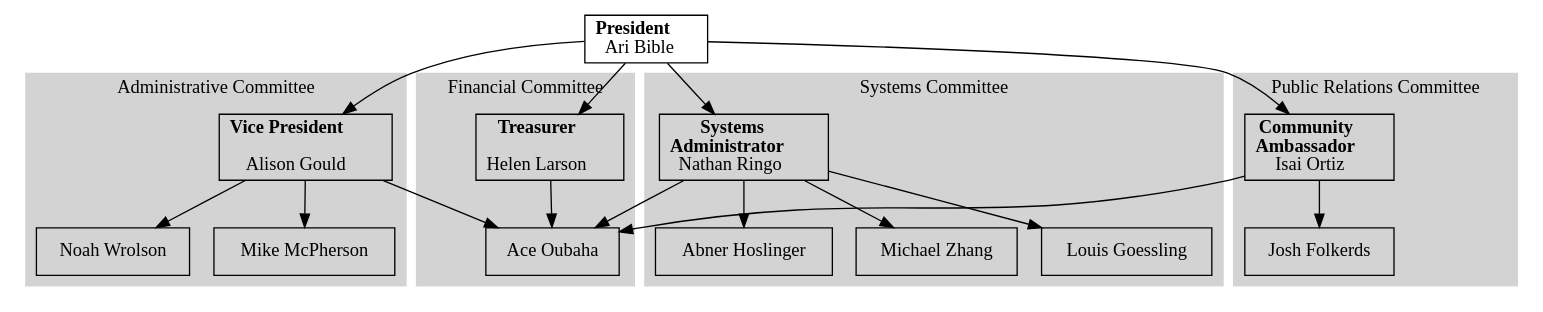
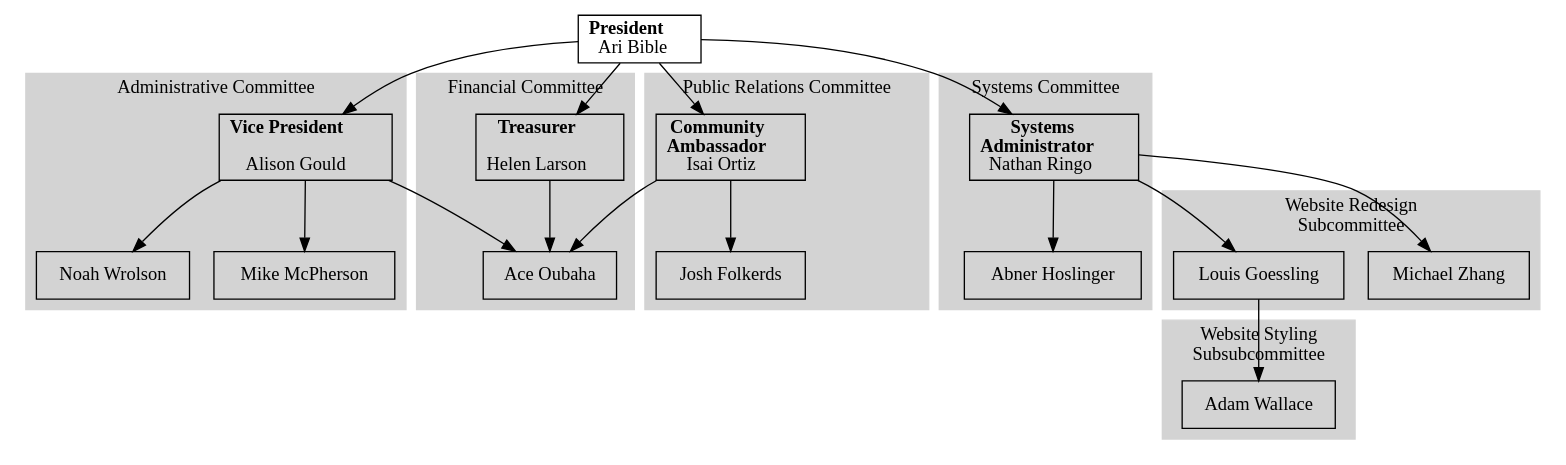
The diagram in charts/officers.dot (acmumn/officer-resources), drawn with Graphviz before and after one commit.

Commit message:
Website redesign ahoy!

```diff
--- a/charts/officers.dot
+++ b/charts/officers.dot
@@ -1,54 +1,73 @@
 digraph officerPositions {
 	node[shape = "box"];
 	president [label = <<b>President</b><br/>Ari Bible>];
 
 	// Ari lording their power over us.
 	president -> vicePresident, treasurer, sysadmin, communityAmbassador;
 
 	subgraph cluster_financial {
 		treasurer [label = <<b>Treasurer</b><br/><br/>Helen Larson>];
 		ace [label = "Ace Oubaha"];
 
 		treasurer -> ace;
 
 		color = "lightgrey";
 		label = "Financial Committee";
 		style = "filled";
 	}
 
 	subgraph cluster_administrative {
 		vicePresident [label = <<b>Vice President</b><br/><br/>Alison Gould>];
 		secretary [label = "Noah Wrolson"];
 		mike [label = "Mike McPherson"];
 
 		vicePresident -> secretary, ace, mike;
 
 		color = lightgrey;
 		label = "Administrative Committee";
 		style = filled;
 	}
 
 	subgraph cluster_public_relations {
 		communityAmbassador [label = <<b>Community<br/>Ambassador</b><br/>Isai Ortiz>];
 		membership [label = "Josh Folkerds"];
 
 		communityAmbassador -> ace, membership;
 
 		color = lightgrey;
 		label = "Public Relations Committee";
 		style = filled;
 	}
 
 	subgraph cluster_systems {
 		sysadmin [label = <<b>Systems<br/>Administrator</b><br/>Nathan Ringo>];
-		webmaster [label = "Michael Zhang"];
-		louis [label = "Louis Goessling"];
 		abner [label = "Abner Hoslinger"];
 
-		sysadmin -> abner, ace, webmaster, louis;
+		sysadmin -> abner;
 
 		color = lightgrey;
 		label = "Systems Committee";
 		style = filled;
 	}
+
+	subgraph cluster_website {
+		webmaster [label = "Michael Zhang"];
+		louis [label = "Louis Goessling"];
+
+		sysadmin -> webmaster, louis;
+
+		color = lightgrey;
+		label = "Website Redesign\nSubcommittee";
+		style = filled;
+	}
+
+	subgraph cluster_website_style {
+		adam[label = "Adam Wallace"];
+
+		louis -> adam;
+
+		color = lightgrey;
+		label = "Website Styling\nSubsubcommittee";
+		style = filled;
+	}
 }
```
